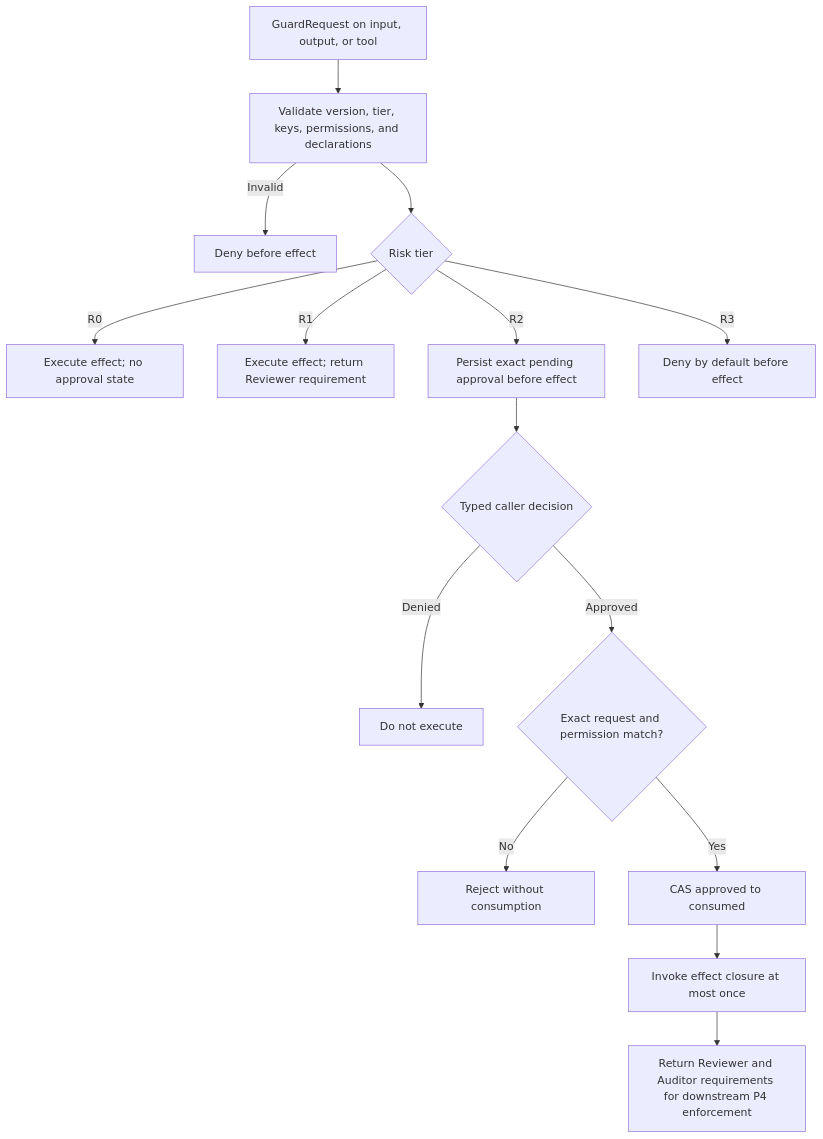
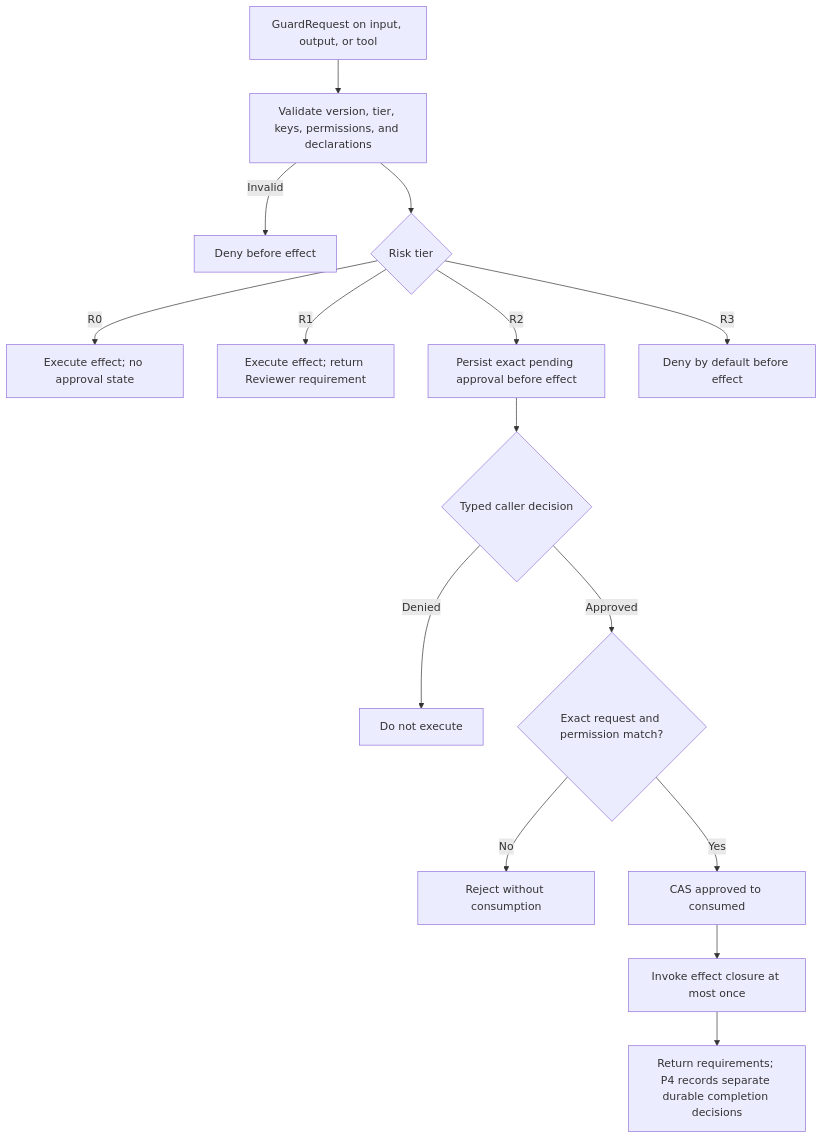
One commit to nattawatpuntachot52/ovca-core changed the third of 4 diagrams in docs/orchestration-runtime.md. Above: the diagram before and after it, drawn with Mermaid. The commit also changed other lines of this file and 10 other files, not shown here.

Commit message:
feat(ovca): enforce durable review and audit completion

````diff
--- a/docs/orchestration-runtime.md
+++ b/docs/orchestration-runtime.md
@@ -84,17 +87,17 @@
 ```mermaid
 flowchart TD
     Request["GuardRequest on input, output, or tool"] --> Validate["Validate version, tier, keys, permissions, and declarations"]
     Validate -->|"Invalid"| DenyInvalid["Deny before effect"]
     Validate --> Tier{"Risk tier"}
     Tier -->|"R0"| ExecuteR0["Execute effect; no approval state"]
     Tier -->|"R1"| ExecuteR1["Execute effect; return Reviewer requirement"]
     Tier -->|"R2"| Pause["Persist exact pending approval before effect"]
     Tier -->|"R3"| DenyR3["Deny by default before effect"]
     Pause --> Decision{"Typed caller decision"}
     Decision -->|"Denied"| Denied["Do not execute"]
     Decision -->|"Approved"| Match{"Exact request and permission match?"}
     Match -->|"No"| Mismatch["Reject without consumption"]
     Match -->|"Yes"| Consume["CAS approved to consumed"]
     Consume --> Effect["Invoke effect closure at most once"]
-    Effect --> Gates["Return Reviewer and Auditor requirements for downstream P4 enforcement"]
+    Effect --> Gates["Return requirements; P4 records separate durable completion decisions"]
 ```
````
